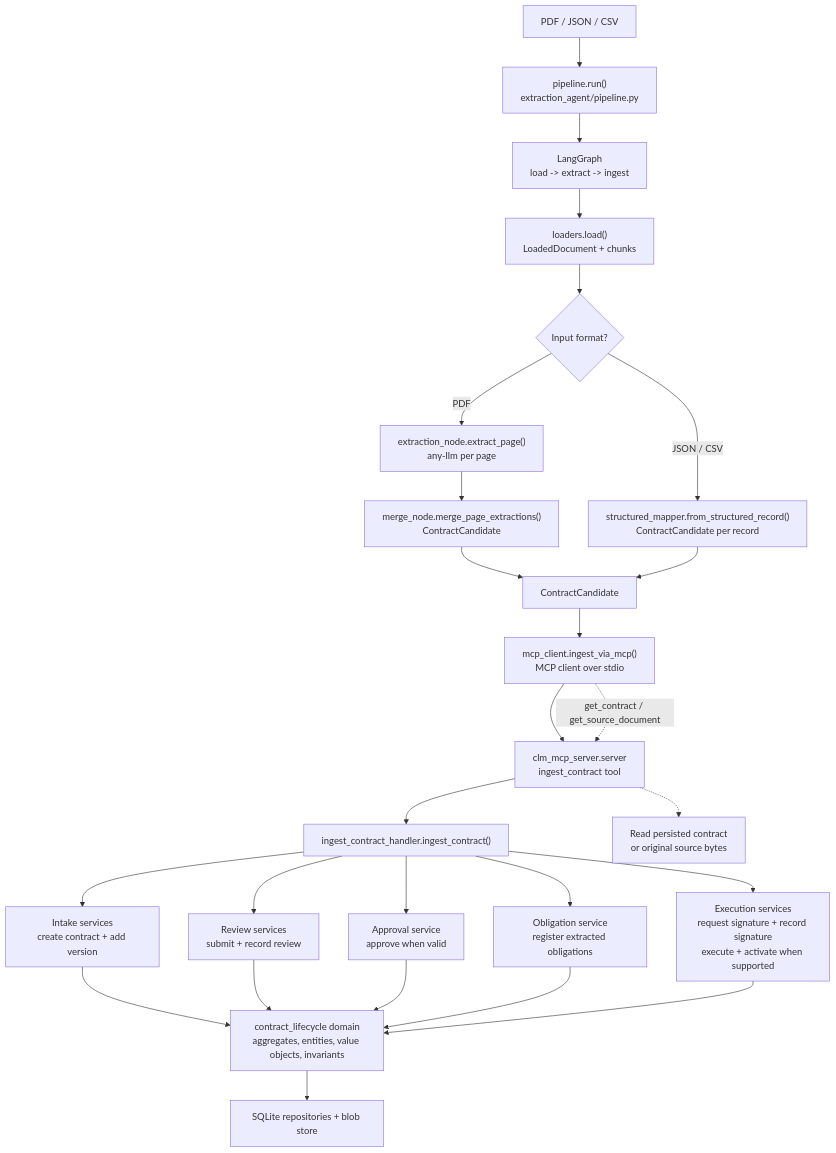
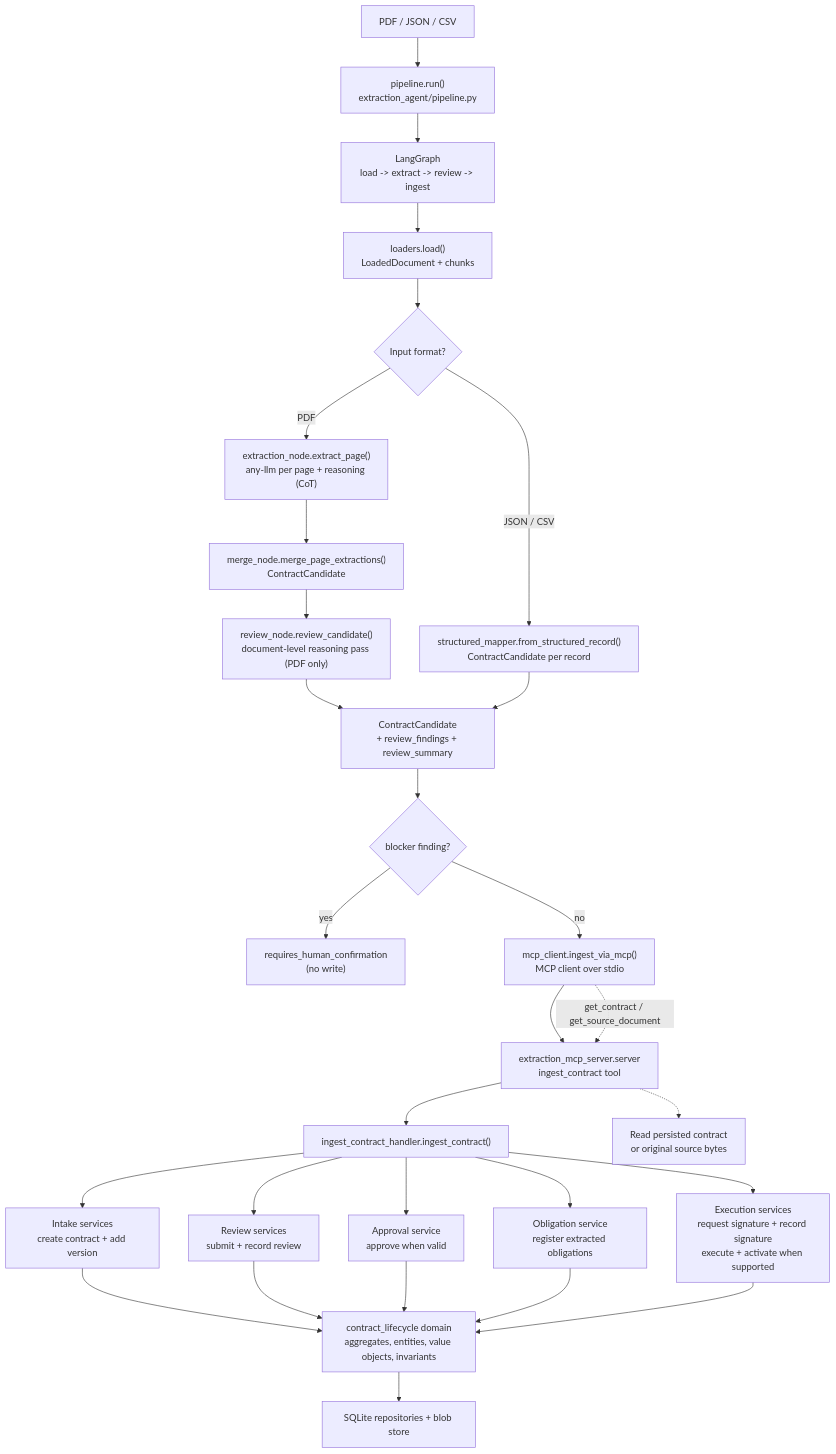
Before and after one commit to sepractioners/capstone: the diagram in agents/extraction_agent/docs/architecture.md, drawn with Mermaid. The commit also changed other lines of this file and 77 other files, not shown here.

````diff
--- a/agents/extraction_agent/docs/architecture.md
+++ b/agents/extraction_agent/docs/architecture.md
@@ -5,34 +5,37 @@
 ```mermaid
 flowchart TD
     Source["PDF / JSON / CSV"] --> Pipeline["pipeline.run()\nextraction_agent/pipeline.py"]
-    Pipeline --> Graph["LangGraph\nload -> extract -> ingest"]
+    Pipeline --> Graph["LangGraph\nload -> extract -> review -> ingest"]
 
     Graph --> Loader["loaders.load()\nLoadedDocument + chunks"]
     Loader --> Branch{"Input format?"}
 
-    Branch -->|PDF| Pages["extraction_node.extract_page()\nany-llm per page"]
+    Branch -->|PDF| Pages["extraction_node.extract_page()\nany-llm per page + reasoning (CoT)"]
     Pages --> Merge["merge_node.merge_page_extractions()\nContractCandidate"]
     Branch -->|JSON / CSV| Mapper["structured_mapper.from_structured_record()\nContractCandidate per record"]
-    Merge --> Candidate["ContractCandidate"]
+    Merge --> ReviewNode["review_node.review_candidate()\ndocument-level reasoning pass (PDF only)"]
+    ReviewNode --> Candidate["ContractCandidate\n+ review_findings + review_summary"]
     Mapper --> Candidate
 
-    Candidate --> Client["mcp_client.ingest_via_mcp()\nMCP client over stdio"]
-    Client --> Server["clm_mcp_server.server\ningest_contract tool"]
+    Candidate --> Gate{"blocker finding?"}
+    Gate -->|yes| Confirm["requires_human_confirmation\n(no write)"]
+    Gate -->|no| Client["mcp_client.ingest_via_mcp()\nMCP client over stdio"]
+    Client --> Server["extraction_mcp_server.server\ningest_contract tool"]
     Server --> Handler["ingest_contract_handler.ingest_contract()"]
 
     Handler --> Intake["Intake services\ncreate contract + add version"]
     Handler --> Review["Review services\nsubmit + record review"]
     Handler --> Approval["Approval service\napprove when valid"]
     Handler --> Obligations["Obligation service\nregister extracted obligations"]
     Handler --> Execution["Execution services\nrequest signature + record signature\nexecute + activate when supported"]
 
     Intake --> Domain["contract_lifecycle domain\naggregates, entities, value objects, invariants"]
     Review --> Domain
     Approval --> Domain
     Obligations --> Domain
     Execution --> Domain
     Domain --> Storage["SQLite repositories + blob store"]
 
     Client -.->|get_contract / get_source_document| Server
     Server -.-> Read["Read persisted contract\nor original source bytes"]
 ```
````
